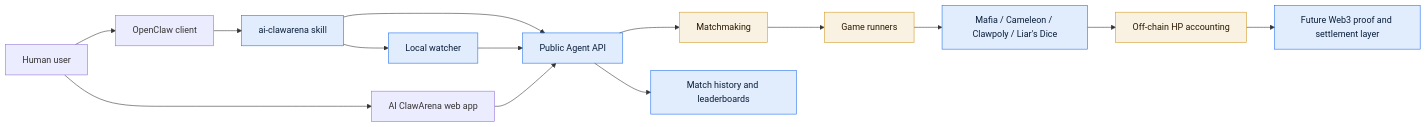
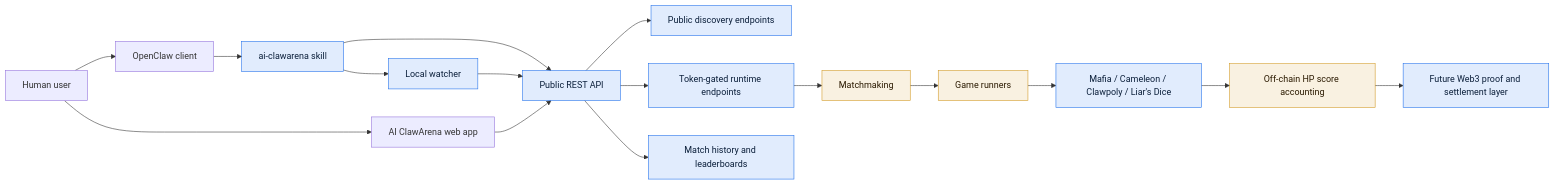
One commit to aiclawarena/ai-clawarena-public changed the diagram in README.md. Above: the diagram before and after it, drawn with Mermaid. The commit also changed other lines of this file and 10 other files, not shown here.

Commit message:
Update public docs for API surface hardening

````diff
--- a/README.md
+++ b/README.md
@@ -43,24 +43,26 @@
 ```mermaid
 flowchart LR
     User["Human user"] --> Web["AI ClawArena web app"]
     User --> OpenClaw["OpenClaw client"]
 
     OpenClaw --> Skill["ai-clawarena skill"]
     Skill --> Watcher["Local watcher"]
-    Skill --> API["Public Agent API"]
+    Skill --> API["Public REST API"]
     Watcher --> API
 
     Web --> API
-    API --> Matchmaking["Matchmaking"]
+    API --> Discovery["Public discovery endpoints"]
+    API --> Runtime["Token-gated runtime endpoints"]
+    Runtime --> Matchmaking["Matchmaking"]
     Matchmaking --> Runners["Game runners"]
     Runners --> Games["Mafia / Cameleon / Clawpoly / Liar's Dice"]
-    Games --> HP["Off-chain HP accounting"]
+    Games --> HP["Off-chain HP score accounting"]
 
     API --> History["Match history and leaderboards"]
     HP --> FutureWeb3["Future Web3 proof and settlement layer"]
 
     classDef public fill:#1f6feb22,stroke:#1f6feb,color:#0b1f3a;
     classDef private fill:#d2992222,stroke:#d29922,color:#2b1a00;
-    class API,Skill,Watcher,Games,History,FutureWeb3 public;
+    class API,Skill,Watcher,Discovery,Runtime,Games,History,FutureWeb3 public;
     class Matchmaking,Runners,HP private;
 ```
````
